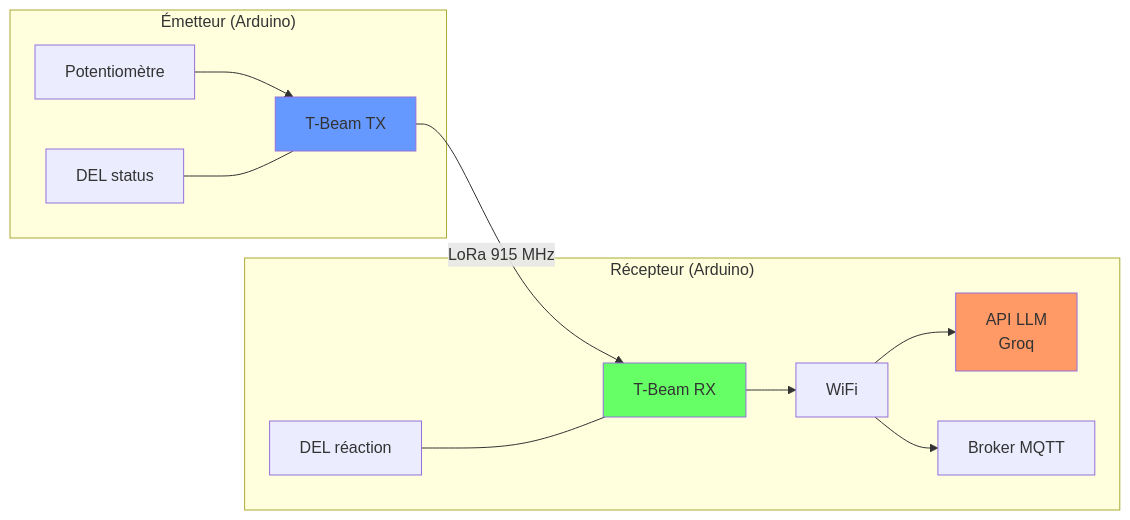
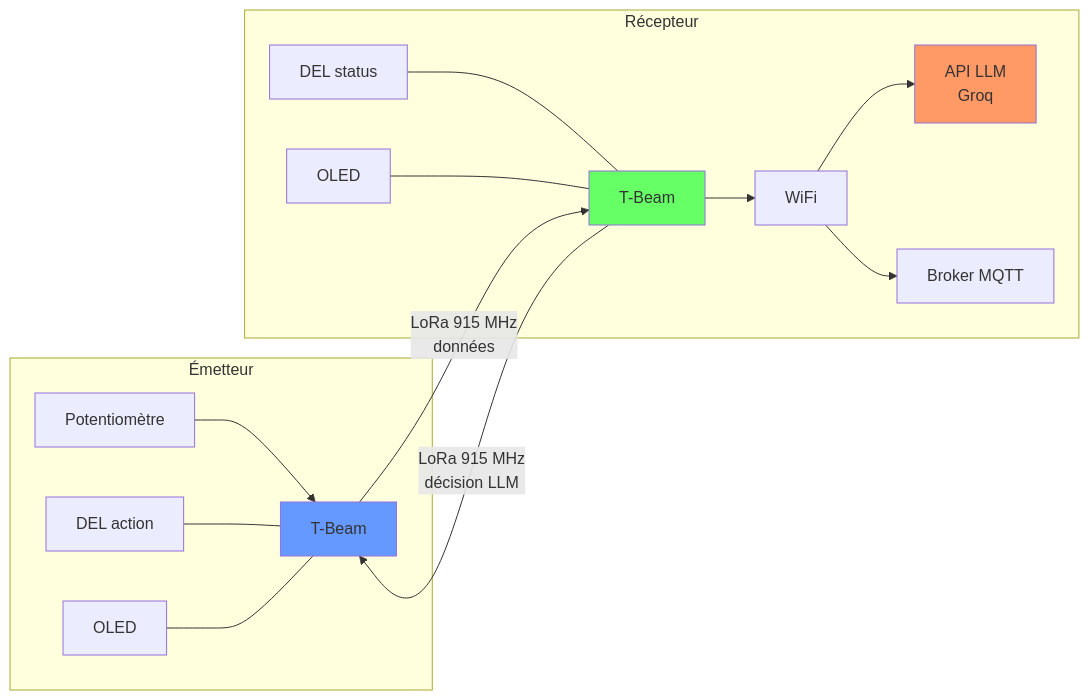
One commit to fpoisson2/243-4J5-LI changed the diagram in theorie/Semaine-11/diaporama/slides.md. Above: the diagram before and after it, drawn with Mermaid. The commit also changed other lines of this file and 4 other files, not shown here.

First line of the commit message:
Add OLED, bidirectional LoRa and structured LLM

````diff
--- a/theorie/Semaine-11/diaporama/slides.md
+++ b/theorie/Semaine-11/diaporama/slides.md
@@ -75,20 +76,23 @@
 ```mermaid {scale: 0.6}
 graph LR
-    subgraph "Émetteur (Arduino)"
-        POT[Potentiomètre] --> TX[T-Beam TX]
-        LED1[DEL status] --- TX
+    subgraph "Émetteur"
+        POT[Potentiomètre] --> TX[T-Beam]
+        LED1[DEL action] --- TX
+        OLED1[OLED] --- TX
     end
 
-    TX -->|LoRa 915 MHz| RX
+    TX -->|LoRa 915 MHz<br/>données| RX
+    RX -->|LoRa 915 MHz<br/>décision LLM| TX
 
-    subgraph "Récepteur (Arduino)"
-        RX[T-Beam RX] --> WIFI[WiFi]
+    subgraph "Récepteur"
+        RX[T-Beam] --> WIFI[WiFi]
         WIFI --> LLM[API LLM<br/>Groq]
         WIFI --> MQTT[Broker MQTT]
-        LED2[DEL réaction] --- RX
+        LED2[DEL status] --- RX
+        OLED2[OLED] --- RX
     end
 
     style TX fill:#69f
     style RX fill:#6f6
     style LLM fill:#f96
 ```
````
